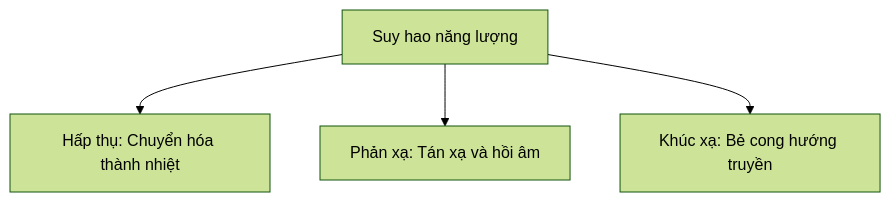
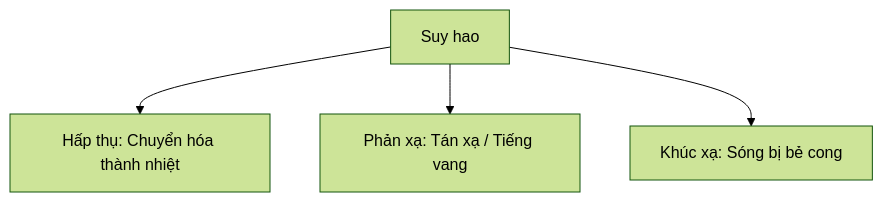
Before and after one commit to MedPocket/ultraso: the second of 2 diagrams in docs/01-co-ban/01-vat-ly-sieu-am.mdx, drawn with Mermaid (forest theme). The commit also changed other lines of this file and 10 other files, not shown here.

````diff
--- a/docs/01-co-ban/01-vat-ly-sieu-am.mdx
+++ b/docs/01-co-ban/01-vat-ly-sieu-am.mdx
@@ -75,6 +77,6 @@
 ```mermaid
 flowchart TD
-  EnergyLoss[Suy hao năng lượng] --> Absorption[Hấp thụ: Chuyển hóa thành nhiệt]
-  EnergyLoss --> Reflection[Phản xạ: Tán xạ và hồi âm]
-  EnergyLoss --> Refraction[Khúc xạ: Bẻ cong hướng truyền]
+  EnergyLoss[Suy hao] --> Absorption[Hấp thụ: Chuyển hóa thành nhiệt]
+  EnergyLoss --> Reflection[Phản xạ: Tán xạ / Tiếng vang]
+  EnergyLoss --> Refraction[Khúc xạ: Sóng bị bẻ cong]
 ```
````
